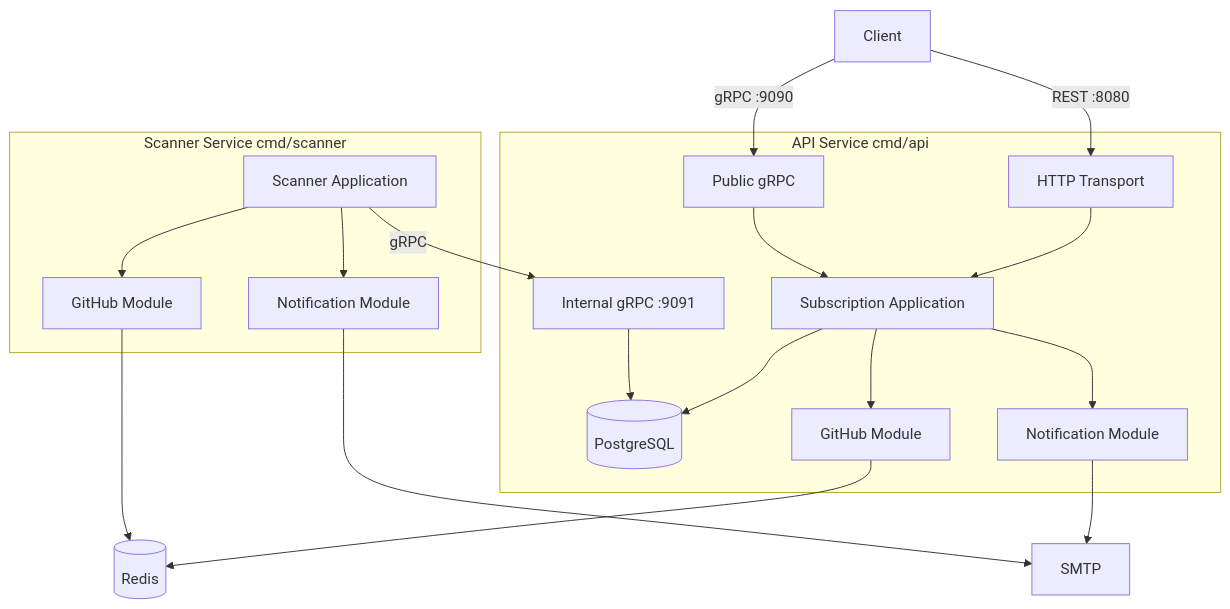
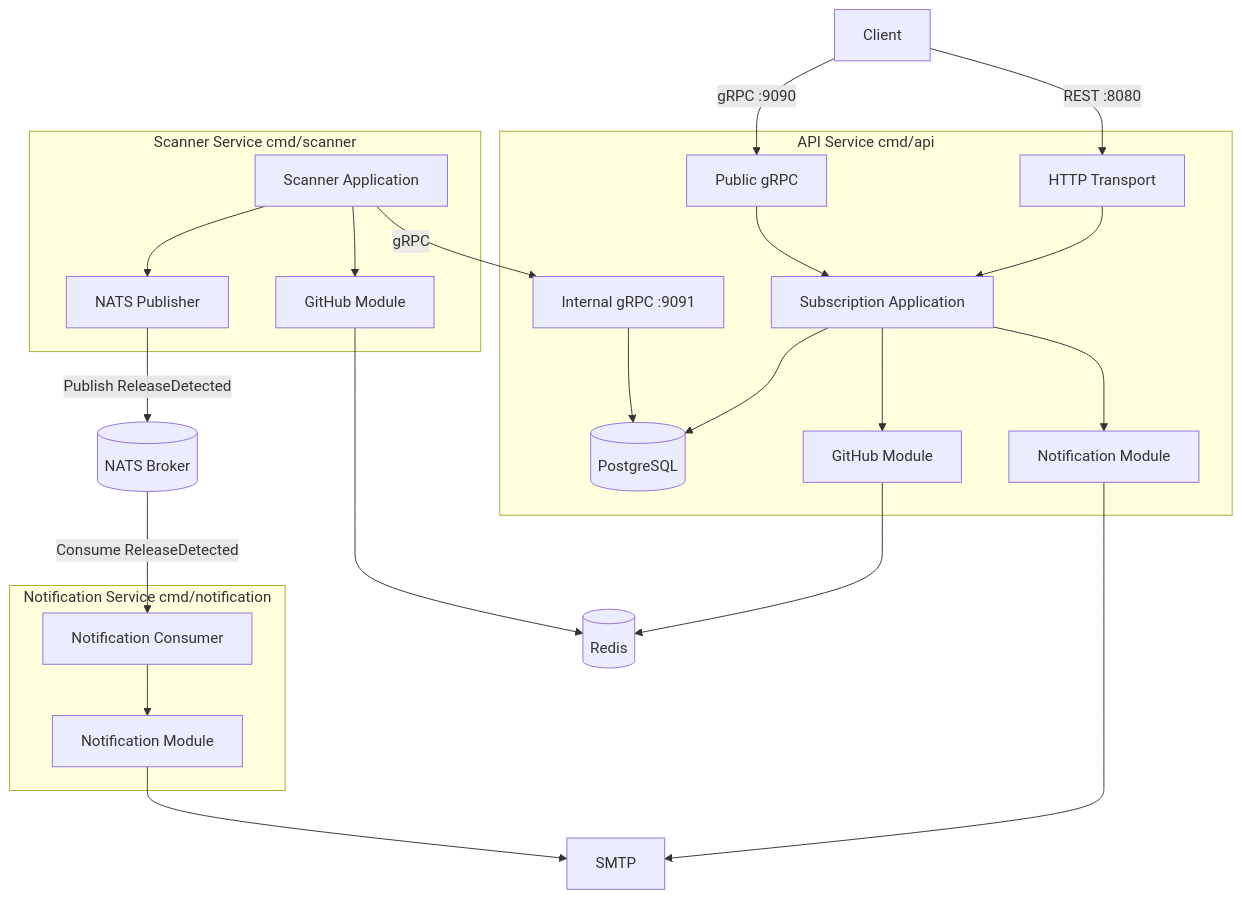
The first of 4 diagrams in docs/architecture.md (GenesisEducationKyiv/software-engineering-school-6-0-RainbowHawk1993), drawn with Mermaid before and after one commit. The commit also changed other lines of this file and 20 other files, not shown here.

Commit message:
feat: Add NATS message broker and Notification service

````diff
--- a/docs/architecture.md
+++ b/docs/architecture.md
@@ -48,22 +48,28 @@
 ```mermaid
 graph TD
     Client[Client] -->|REST :8080| HTTP[HTTP Transport]
     Client -->|gRPC :9090| PublicGRPC[Public gRPC]
 
     subgraph apiSvc [API Service cmd/api]
         HTTP & PublicGRPC --> SubApp[Subscription Application]
         SubApp --> SubStore[(PostgreSQL)]
         SubApp --> GHMod[GitHub Module]
         SubApp --> NotifMod[Notification Module]
         InternalGRPC[Internal gRPC :9091] --> SubStore
     end
 
     subgraph scannerSvc [Scanner Service cmd/scanner]
         ScanApp[Scanner Application] -->|gRPC| InternalGRPC
         ScanApp --> GHMod2[GitHub Module]
-        ScanApp --> NotifMod2[Notification Module]
+        ScanApp --> NATSClient[NATS Publisher]
+    end
+
+    subgraph notifSvc [Notification Service cmd/notification]
+        NotifConsumer[Notification Consumer] --> NotifMod2[Notification Module]
     end
 
     GHMod & GHMod2 --> Redis[(Redis)]
+    NATSClient -->|Publish ReleaseDetected| NATS[(NATS Broker)]
+    NATS -->|Consume ReleaseDetected| NotifConsumer
     NotifMod & NotifMod2 --> SMTP[SMTP]
 ```
````
